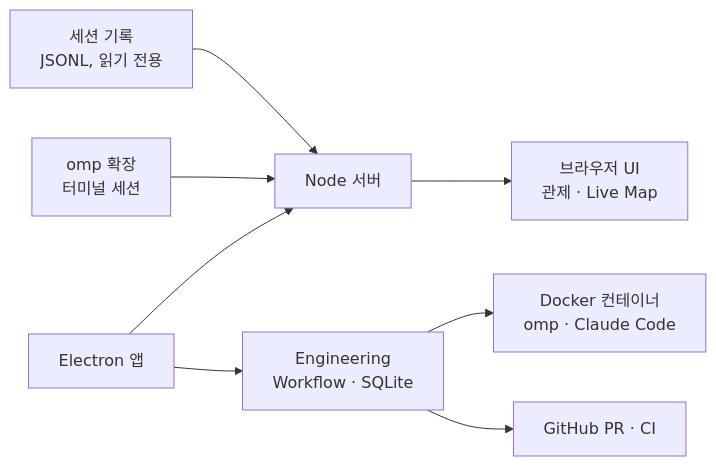
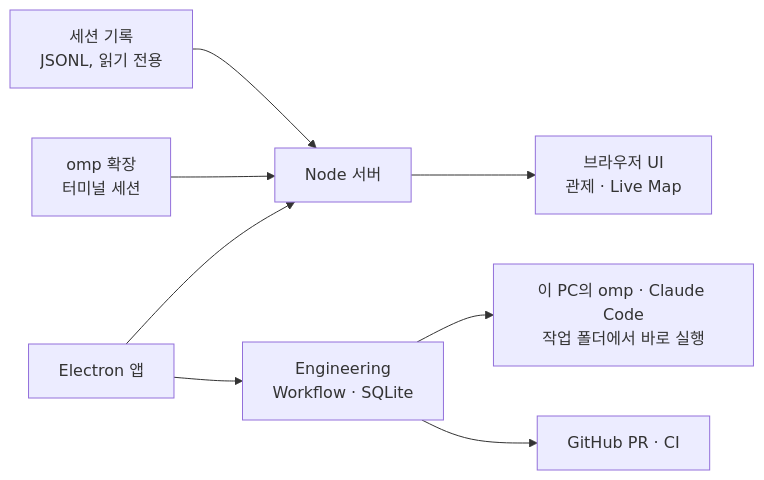
The diagram in README.md (thdrmsqhd/omp-live-map), drawn with Mermaid before and after one commit. The commit also changed other lines of this file and 136 other files, not shown here.

First line of the commit message:
[omp-live-map]-[엔지니어링]: Docker 없이 이 PC 작업 폴더에서 바로 실행, Engineering을 관제 화면에 통합, 폼 제거·프로필을 하네스로 병합

````diff
--- a/README.md
+++ b/README.md
@@ -120,10 +122,10 @@
 ```mermaid
 flowchart LR
   R["세션 기록<br/>JSONL, 읽기 전용"] --> S["Node 서버"]
   X["omp 확장<br/>터미널 세션"] --> S
   D["Electron 앱"] --> S
   S --> U["브라우저 UI<br/>관제 · Live Map"]
   D --> E["Engineering<br/>Workflow · SQLite"]
-  E --> C["Docker 컨테이너<br/>omp · Claude Code"]
+  E --> C["이 PC의 omp · Claude Code<br/>작업 폴더에서 바로 실행"]
   E --> G["GitHub PR · CI"]
 ```
````
